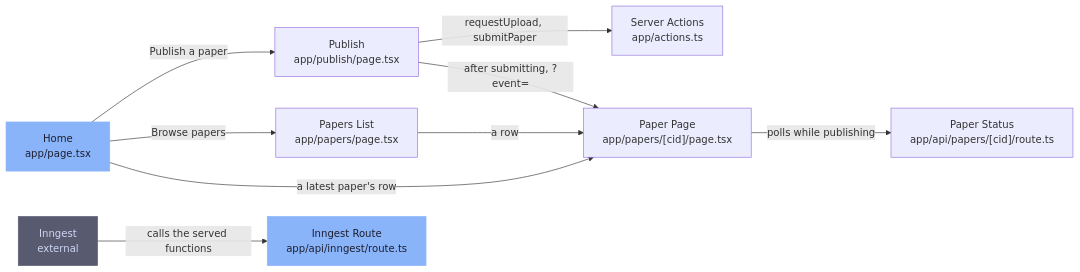
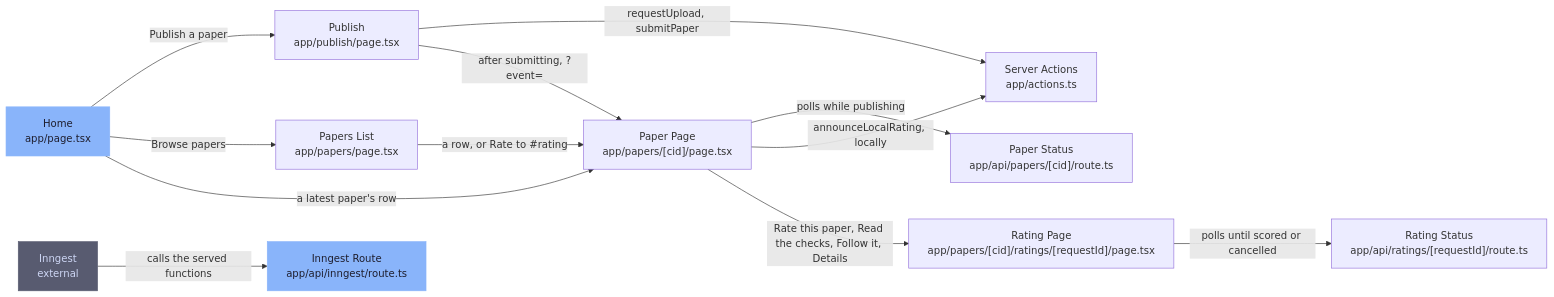
The diagram in .omm/route-page-map/diagram.mmd (SiegfriedBz/labstrail), drawn with Mermaid before and after one commit. The commit also changed 170 other files, not shown here.

First line of the commit message:
feat(web): rate papers and follow their ratings from the site (#39)

```diff
--- a/.omm/route-page-map/diagram.mmd
+++ b/.omm/route-page-map/diagram.mmd
@@ -1,13 +1,16 @@
 graph LR
     home["Home\napp/page.tsx"] -->|"Publish a paper"| publish["Publish\napp/publish/page.tsx"]
     home -->|"Browse papers"| papers["Papers List\napp/papers/page.tsx"]
     home -->|"a latest paper's row"| paper["Paper Page\napp/papers/[cid]/page.tsx"]
-    papers -->|"a row"| paper
+    papers -->|"a row, or Rate to #rating"| paper
     publish -->|"requestUpload, submitPaper"| server-actions["Server Actions\napp/actions.ts"]
     publish -->|"after submitting, ?event=<id>"| paper
     paper -->|"polls while publishing"| api-papers["Paper Status\napp/api/papers/[cid]/route.ts"]
+    paper -->|"announceLocalRating, locally"| server-actions
+    paper -->|"Rate this paper, Read the checks, Follow it, Details"| rating["Rating Page\napp/papers/[cid]/ratings/[requestId]/page.tsx"]
+    rating -->|"polls until scored or cancelled"| api-ratings["Rating Status\napp/api/ratings/[requestId]/route.ts"]
     inngest["Inngest\nexternal"] -->|"calls the served functions"| inngest-route["Inngest Route\napp/api/inngest/route.ts"]
     classDef entry fill:#89b4fa,stroke:#89b4fa,color:#1e1e2e
     classDef external fill:#585b70,stroke:#585b70,color:#cdd6f4
     class home,inngest-route entry
     class inngest external
```
